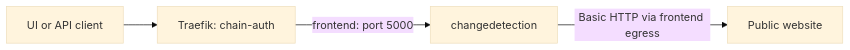
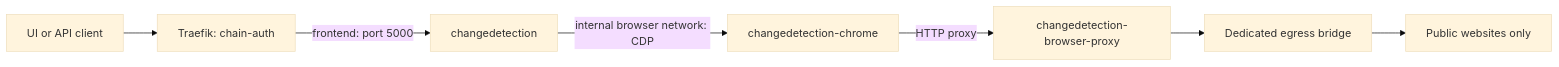
Before and after one commit to DevSecNinja/truenas-apps: the first of 3 diagrams in docs/ARCHITECTURE.md, drawn with Mermaid (base theme). The commit also changed other lines of this file and 11 other files, not shown here.

````diff
--- a/docs/ARCHITECTURE.md
+++ b/docs/ARCHITECTURE.md
@@ -507,6 +547,9 @@
 ```mermaid
 flowchart LR
     User[UI or API client] --> Proxy[Traefik: chain-auth]
     Proxy -->|frontend: port 5000| App[changedetection]
-    App -->|Basic HTTP via frontend egress| Web[Public website]
+    App -->|internal browser network: CDP| Chrome[changedetection-chrome]
+    Chrome -->|HTTP proxy| Squid[changedetection-browser-proxy]
+    Squid --> Egress[Dedicated egress bridge]
+    Egress --> Web[Public websites only]
 ```
````
